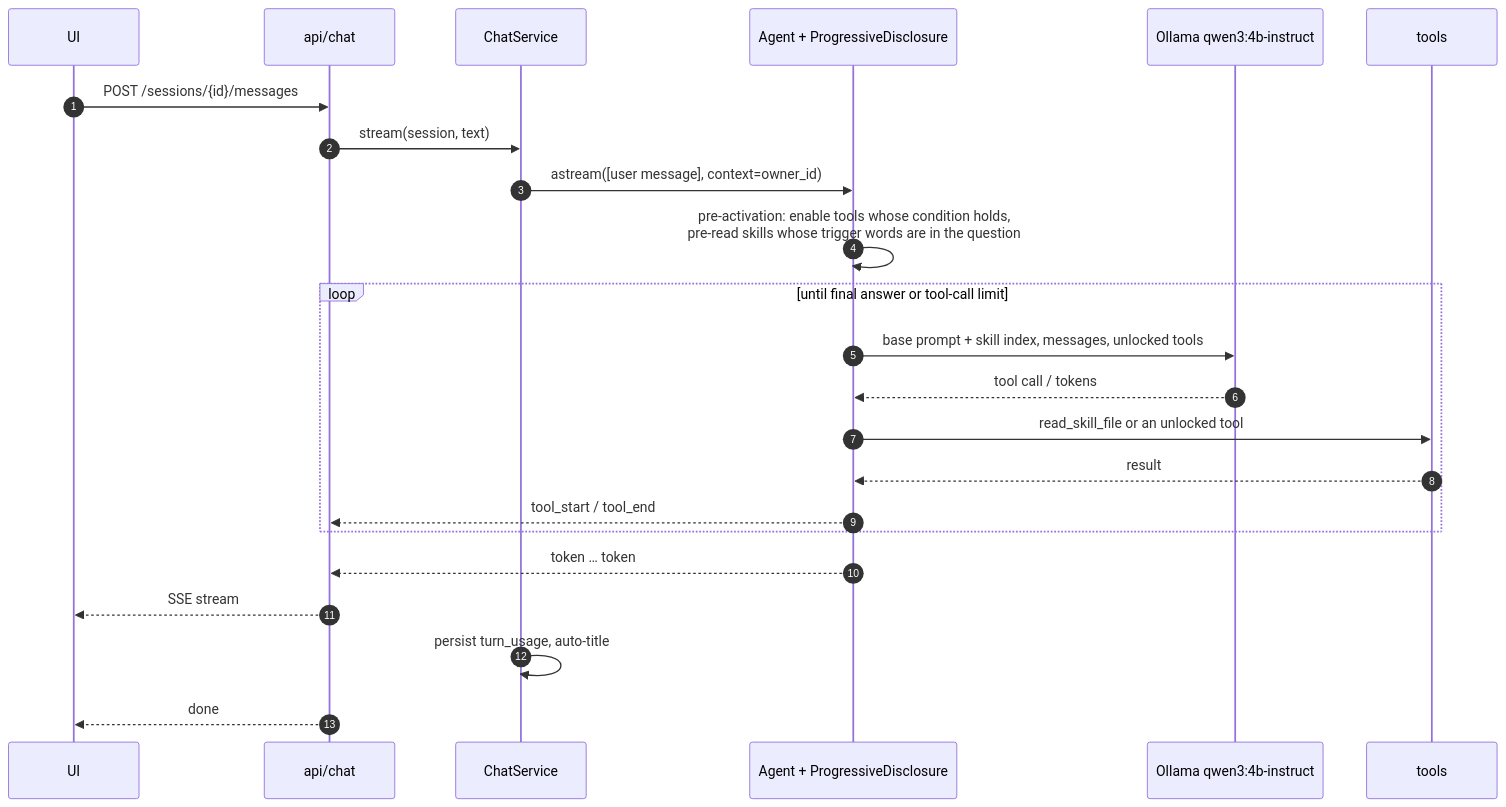
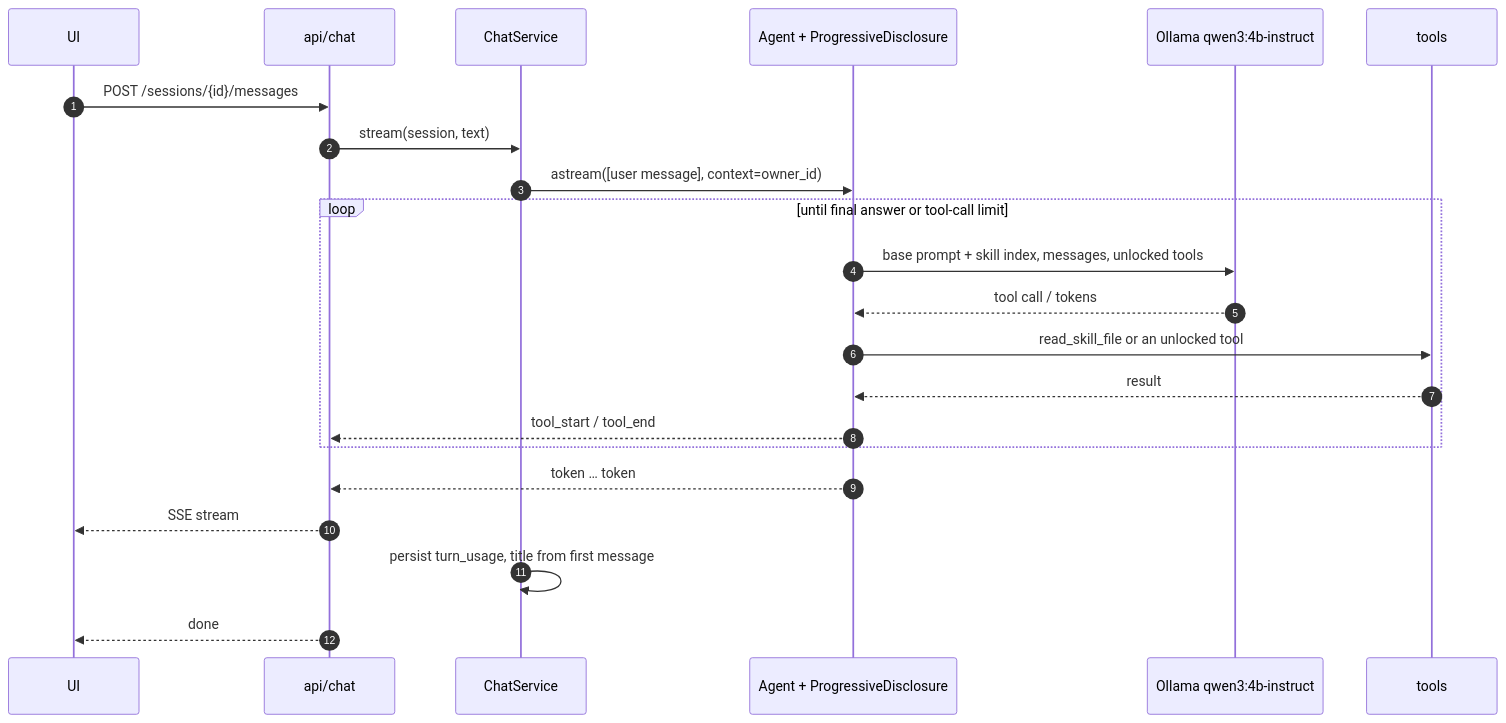
The third of 6 diagrams in docs/architecture.md (reddybharat/agentic-rag), drawn with Mermaid before and after one commit. The commit also changed other lines of this file and 29 other files, not shown here.

Commit message:
Simplify skill and tool flow and architecture

````diff
--- a/docs/architecture.md
+++ b/docs/architecture.md
@@ -84,26 +84,25 @@
 ```mermaid
 sequenceDiagram
     autonumber
     participant UI
     participant API as api/chat
     participant Chat as ChatService
     participant Agent as Agent + ProgressiveDisclosure
     participant LLM as Ollama qwen3:4b-instruct
     participant Tools as tools
 
     UI->>API: POST /sessions/{id}/messages
     API->>Chat: stream(session, text)
     Chat->>Agent: astream([user message], context=owner_id)
-    Agent->>Agent: pre-activation: enable tools whose condition holds,<br/>pre-read skills whose trigger words are in the question
     loop until final answer or tool-call limit
         Agent->>LLM: base prompt + skill index, messages, unlocked tools
         LLM-->>Agent: tool call / tokens
         Agent->>Tools: read_skill_file or an unlocked tool
         Tools-->>Agent: result
         Agent-->>API: tool_start / tool_end
     end
     Agent-->>API: token … token
     API-->>UI: SSE stream
-    Chat->>Chat: persist turn_usage, auto-title
+    Chat->>Chat: persist turn_usage, title from first message
     API-->>UI: done
 ```
````
